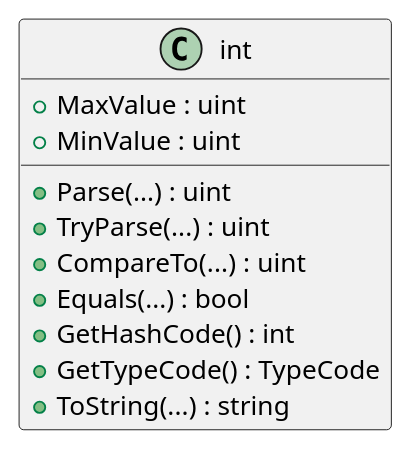
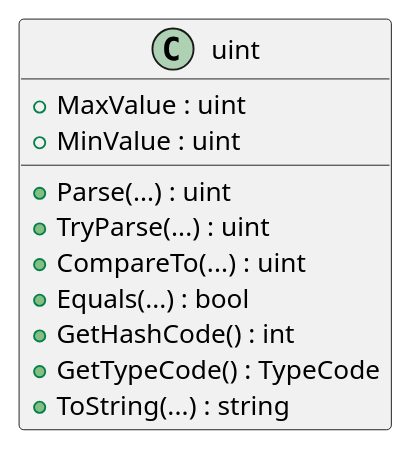
The sixth of 15 diagrams in 65030258_HOMEWORK/Lab-02-part-1/README.md (03376836-OOP-2566/03376836-OOP-2566-Lab-02), drawn with PlantUML before and after one commit. The commit also changed other lines of this file, not shown here.

````diff
--- a/65030258_HOMEWORK/Lab-02-part-1/README.md
+++ b/65030258_HOMEWORK/Lab-02-part-1/README.md
@@ -111,18 +111,18 @@
 ```plantuml
 @startuml
-class int
+class uint
 {
   + MaxValue : uint
   + MinValue : uint
 
   + Parse(...) : uint
   + TryParse(...) : uint
   + CompareTo(...) : uint
   + Equals(...) : bool
   + GetHashCode() : int
   + GetTypeCode() : TypeCode
   + ToString(...) : string
 }
 @enduml
 #Sittha Klaphanich
 ```
````
